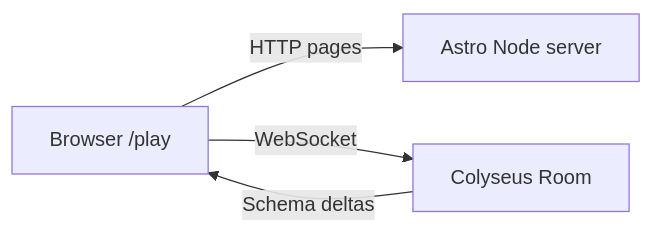
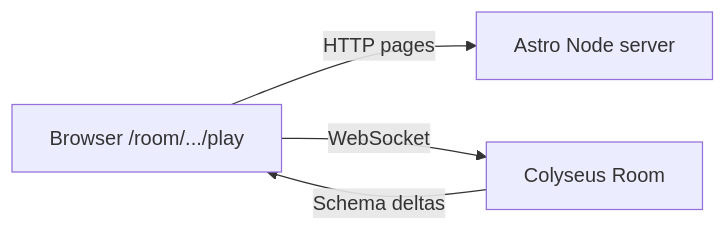
The diagram in specs/us-5/design.md (MaxiGarcia13/conter-strai), drawn with Mermaid before and after one commit. The commit also changed other lines of this file and 17 other files, not shown here.

Commit message:
feat: Refactor gameplay to utilize room-centric routes, removing legacy `/play` and enhancing session management for character selection and gameplay flow

````diff
--- a/specs/us-5/design.md
+++ b/specs/us-5/design.md
@@ -16,9 +16,9 @@
 ```mermaid
 flowchart LR
-  Browser["Browser /play"]
+  Browser["Browser /room/.../play"]
   AstroNode["Astro Node server"]
   Colyseus["Colyseus Room"]
   Browser -->|"HTTP pages"| AstroNode
   Browser -->|"WebSocket"| Colyseus
   Colyseus -->|"Schema deltas"| Browser
 ```
````
